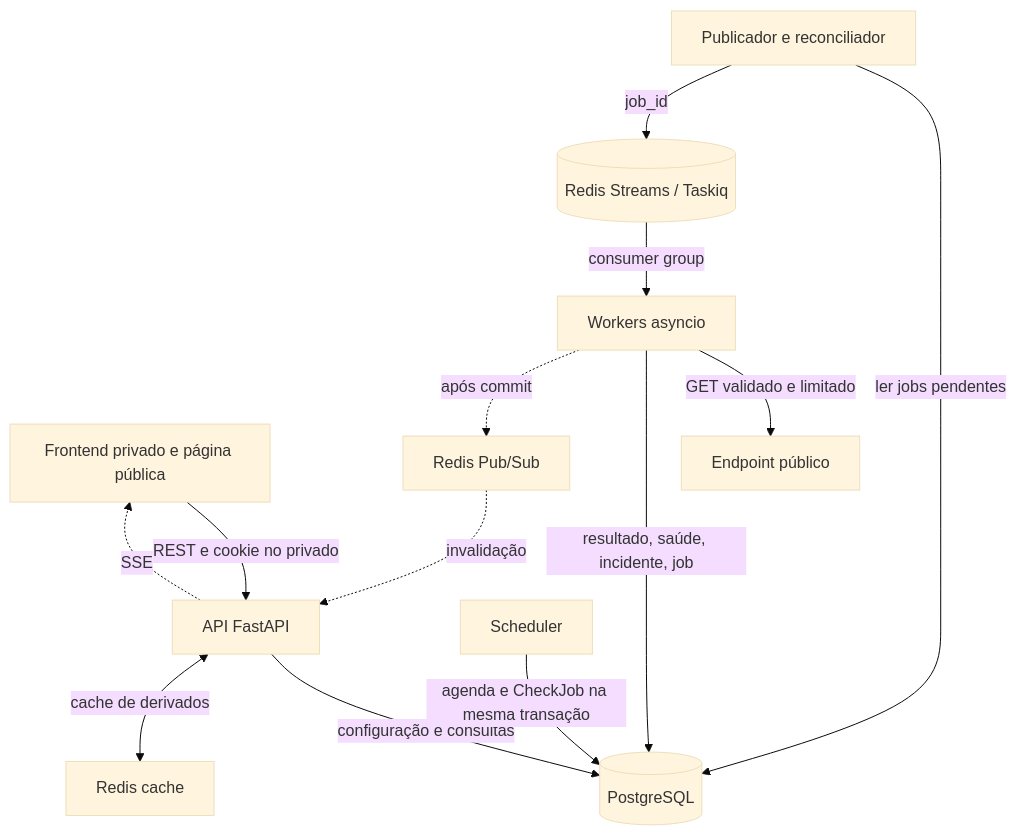
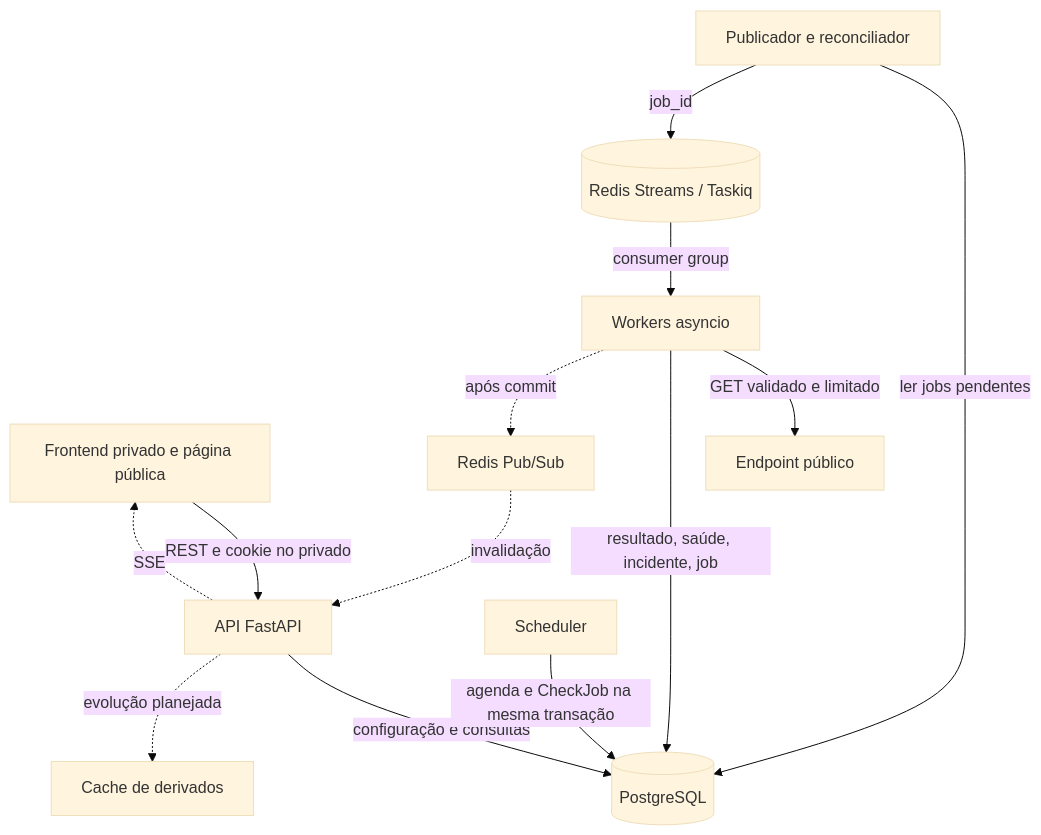
One commit to fmvini/Vigil changed the first of 2 diagrams in docs/ARCHITECTURE.md. Above: the diagram before and after it, drawn with Mermaid (base theme). The commit also changed other lines of this file and 6 other files, not shown here.

````diff
--- a/docs/ARCHITECTURE.md
+++ b/docs/ARCHITECTURE.md
@@ -23,15 +23,15 @@
 ```mermaid
 flowchart TB
     U[Frontend privado e página pública] -->|REST e cookie no privado| A[API FastAPI]
     A -->|configuração e consultas| D[(PostgreSQL)]
     S[Scheduler] -->|agenda e CheckJob na mesma transação| D
     R[Publicador e reconciliador] -->|ler jobs pendentes| D
     R -->|job_id| Q[(Redis Streams / Taskiq)]
     Q -->|consumer group| W[Workers asyncio]
     W -->|GET validado e limitado| E[Endpoint público]
     W -->|resultado, saúde, incidente, job| D
     W -. após commit .-> P[Redis Pub/Sub]
     P -. invalidação .-> A
     A -. SSE .-> U
-    A <-->|cache de derivados| C[Redis cache]
+    A -. evolução planejada .-> C[Cache de derivados]
 ```
````
